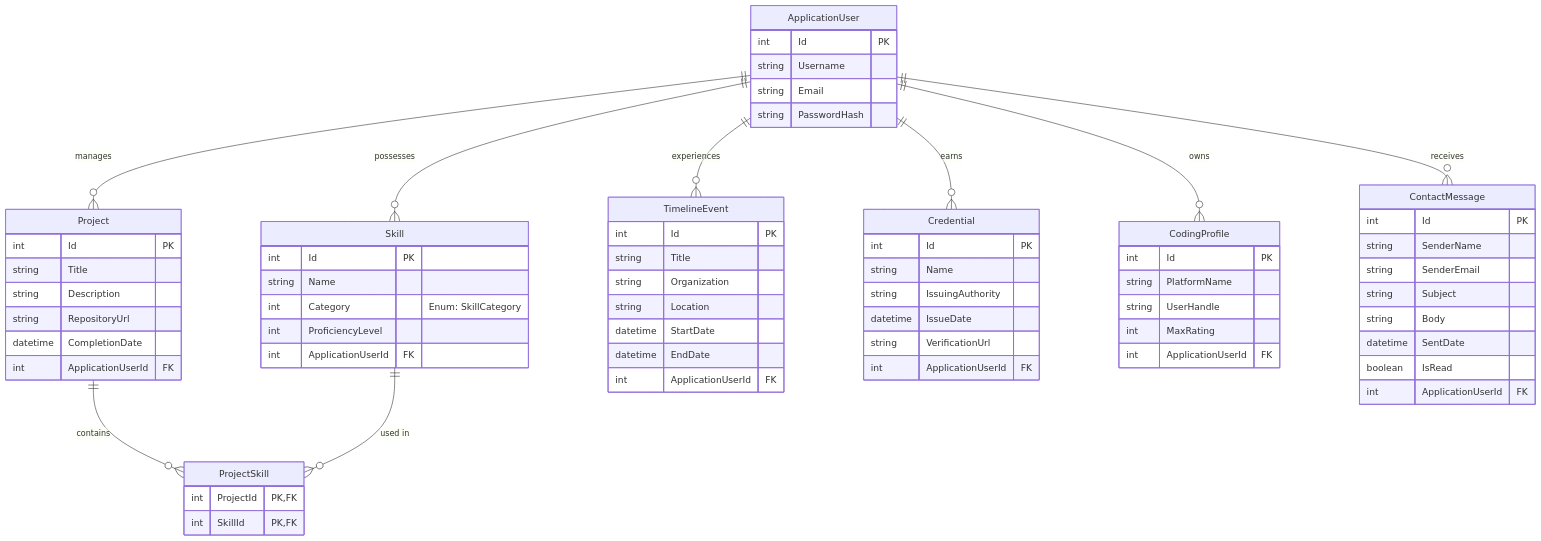
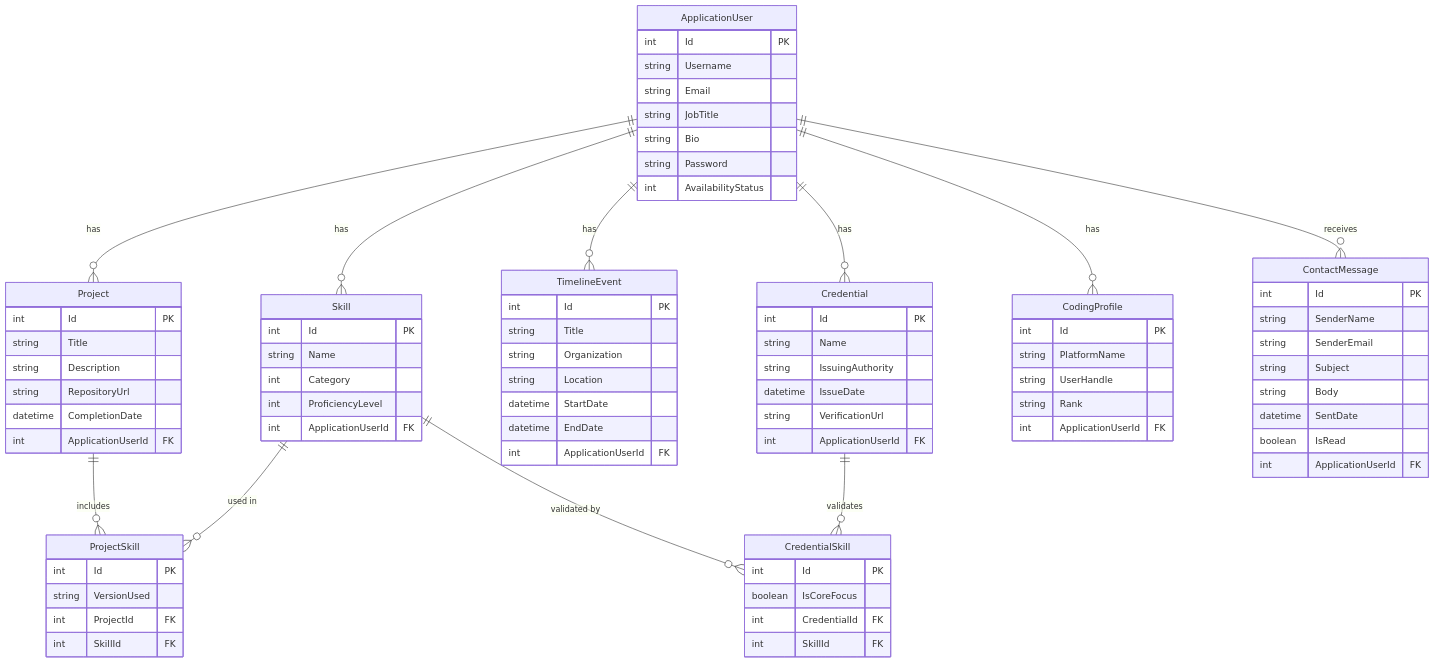
The diagram in README.md (YousefKurchaloy/Portfol.io), drawn with Mermaid before and after one commit. The commit also changed other lines of this file, not shown here.

````diff
--- a/README.md
+++ b/README.md
@@ -34,7 +33,10 @@
         int Id PK
         string Username
         string Email
-        string PasswordHash
+        string JobTitle
+        string Bio
+        string Password
+        int AvailabilityStatus
     }
 
     Project {
@@ -49,14 +51,9 @@
     Skill {
         int Id PK
         string Name
-        int Category "Enum: SkillCategory"
+        int Category
         int ProficiencyLevel
         int ApplicationUserId FK
-    }
-
-    ProjectSkill {
-        int ProjectId PK, FK
-        int SkillId PK, FK
     }
 
     TimelineEvent {
@@ -82,7 +79,7 @@
         int Id PK
         string PlatformName
         string UserHandle
-        int MaxRating
+        string Rank
         int ApplicationUserId FK
     }
 
@@ -97,15 +94,32 @@
         int ApplicationUserId FK
     }
 
-    %% Core 1-to-Many Relationships tying the system to the Admin User
-    ApplicationUser ||--o{ Project : "manages"
-    ApplicationUser ||--o{ Skill : "possesses"
-    ApplicationUser ||--o{ TimelineEvent : "experiences"
-    ApplicationUser ||--o{ Credential : "earns"
-    ApplicationUser ||--o{ CodingProfile : "owns"
+    ProjectSkill {
+        int Id PK
+        string VersionUsed
+        int ProjectId FK
+        int SkillId FK
+    }
+
+    CredentialSkill {
+        int Id PK
+        boolean IsCoreFocus
+        int CredentialId FK
+        int SkillId FK
+    }
+
+    %% Relationships
+    ApplicationUser ||--o{ Project : "has"
+    ApplicationUser ||--o{ Skill : "has"
+    ApplicationUser ||--o{ TimelineEvent : "has"
+    ApplicationUser ||--o{ Credential : "has"
+    ApplicationUser ||--o{ CodingProfile : "has"
     ApplicationUser ||--o{ ContactMessage : "receives"
 
-    %% The Many-to-Many Relationship via the Junction Table
-    Project ||--o{ ProjectSkill : "contains"
+    %% Many-to-Many Join Tables
+    Project ||--o{ ProjectSkill : "includes"
     Skill ||--o{ ProjectSkill : "used in"
+
+    Credential ||--o{ CredentialSkill : "validates"
+    Skill ||--o{ CredentialSkill : "validated by"
 ```
````
